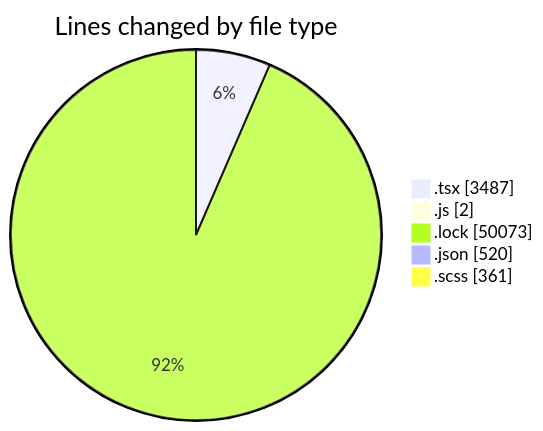
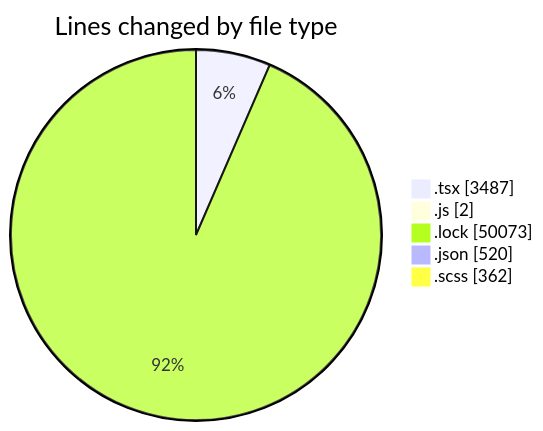
Before and after one commit to momahboobian/code-tracking: the first of 2 diagrams in 2026-05-15/cda/README.md, drawn with Mermaid. The commit also changed other lines of this file and 1 other file, not shown here.

````diff
--- a/2026-05-15/cda/README.md
+++ b/2026-05-15/cda/README.md
@@ -47,9 +47,9 @@
 ```mermaid
 pie showData
 title Lines changed by file type
 ".tsx" : 3487
 ".js" : 2
 ".lock" : 50073
 ".json" : 520
-".scss" : 361
+".scss" : 362
 ```
````
